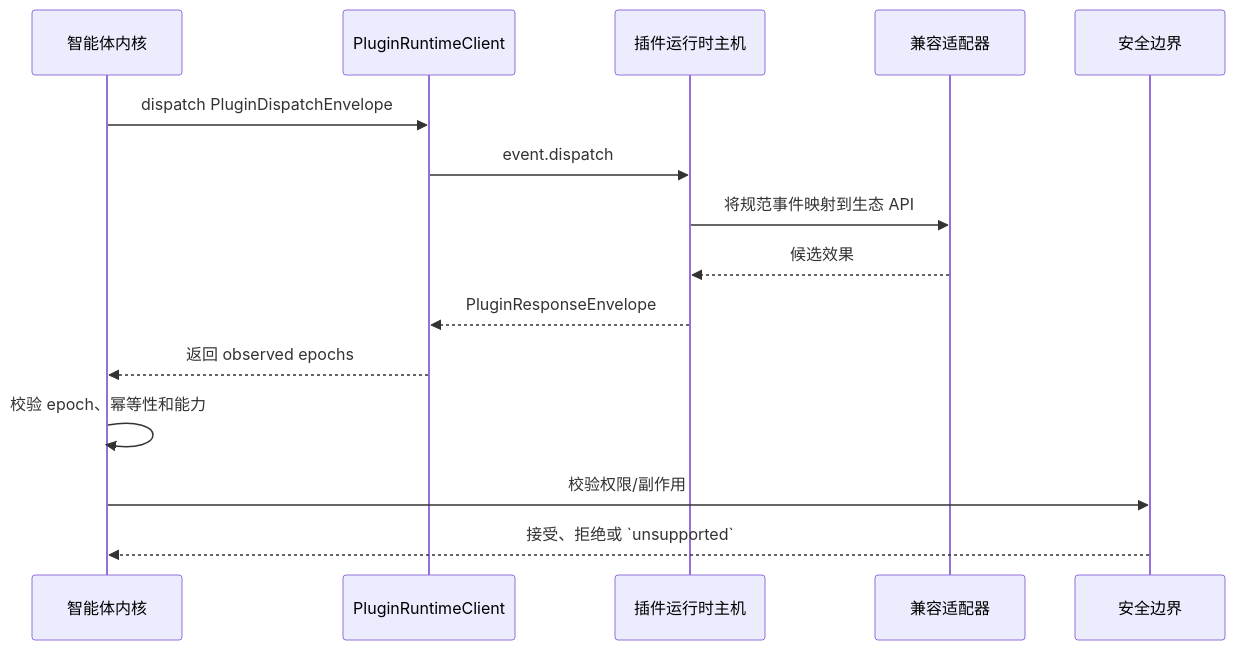
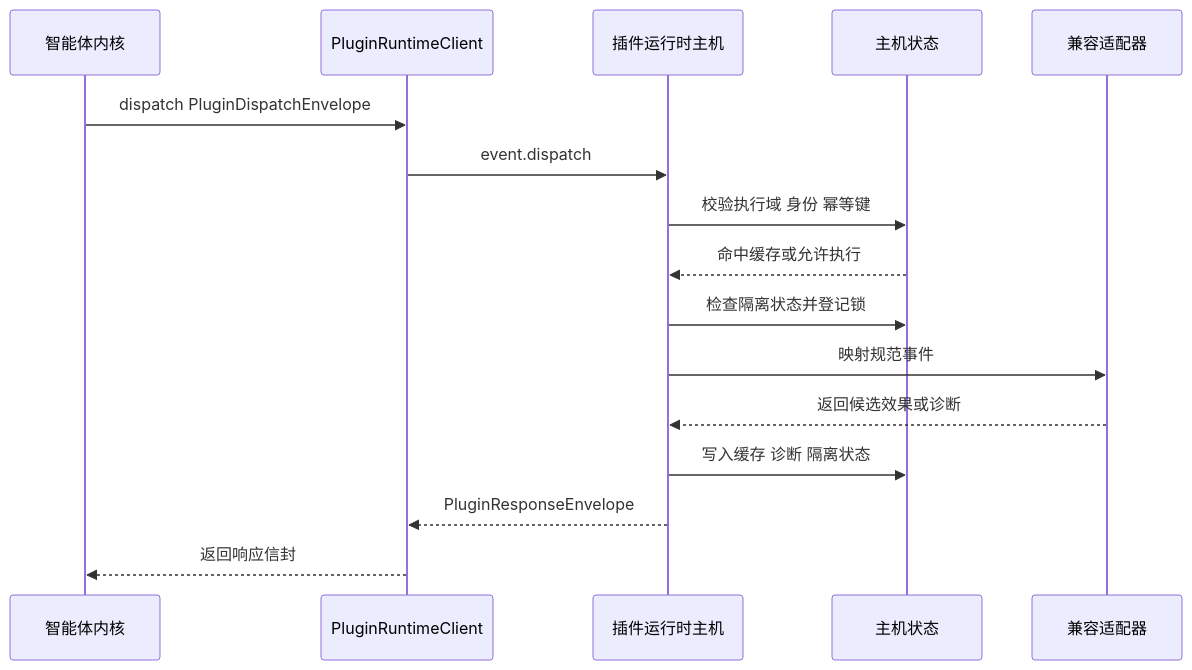
One commit to 1688mengdie/BitFun changed the fourth of 5 diagrams in docs/architecture/plugin-runtime-host-design.md. Above: the diagram before and after it, drawn with Mermaid. The commit also changed other lines of this file and 2 other files, not shown here.

Commit message:
docs: refine plugin architecture contracts

````diff
--- a/docs/architecture/plugin-runtime-host-design.md
+++ b/docs/architecture/plugin-runtime-host-design.md
@@ -513,18 +483,19 @@
 ```mermaid
 sequenceDiagram
   participant Kernel as 智能体内核
   participant Client as PluginRuntimeClient
   participant Host as 插件运行时主机
+  participant State as 主机状态
   participant Adapter as 兼容适配器
-  participant Security as 安全边界
 
   Kernel->>Client: dispatch PluginDispatchEnvelope
   Client->>Host: event.dispatch
-  Host->>Adapter: 将规范事件映射到生态 API
-  Adapter-->>Host: 候选效果
+  Host->>State: 校验执行域 身份 幂等键
+  State-->>Host: 命中缓存或允许执行
+  Host->>State: 检查隔离状态并登记锁
+  Host->>Adapter: 映射规范事件
+  Adapter-->>Host: 返回候选效果或诊断
+  Host->>State: 写入缓存 诊断 隔离状态
   Host-->>Client: PluginResponseEnvelope
-  Client-->>Kernel: 返回 observed epochs
-  Kernel->>Kernel: 校验 epoch、幂等性和能力
-  Kernel->>Security: 校验权限/副作用
-  Security-->>Kernel: 接受、拒绝或 `unsupported`
+  Client-->>Kernel: 返回响应信封
 ```
````
